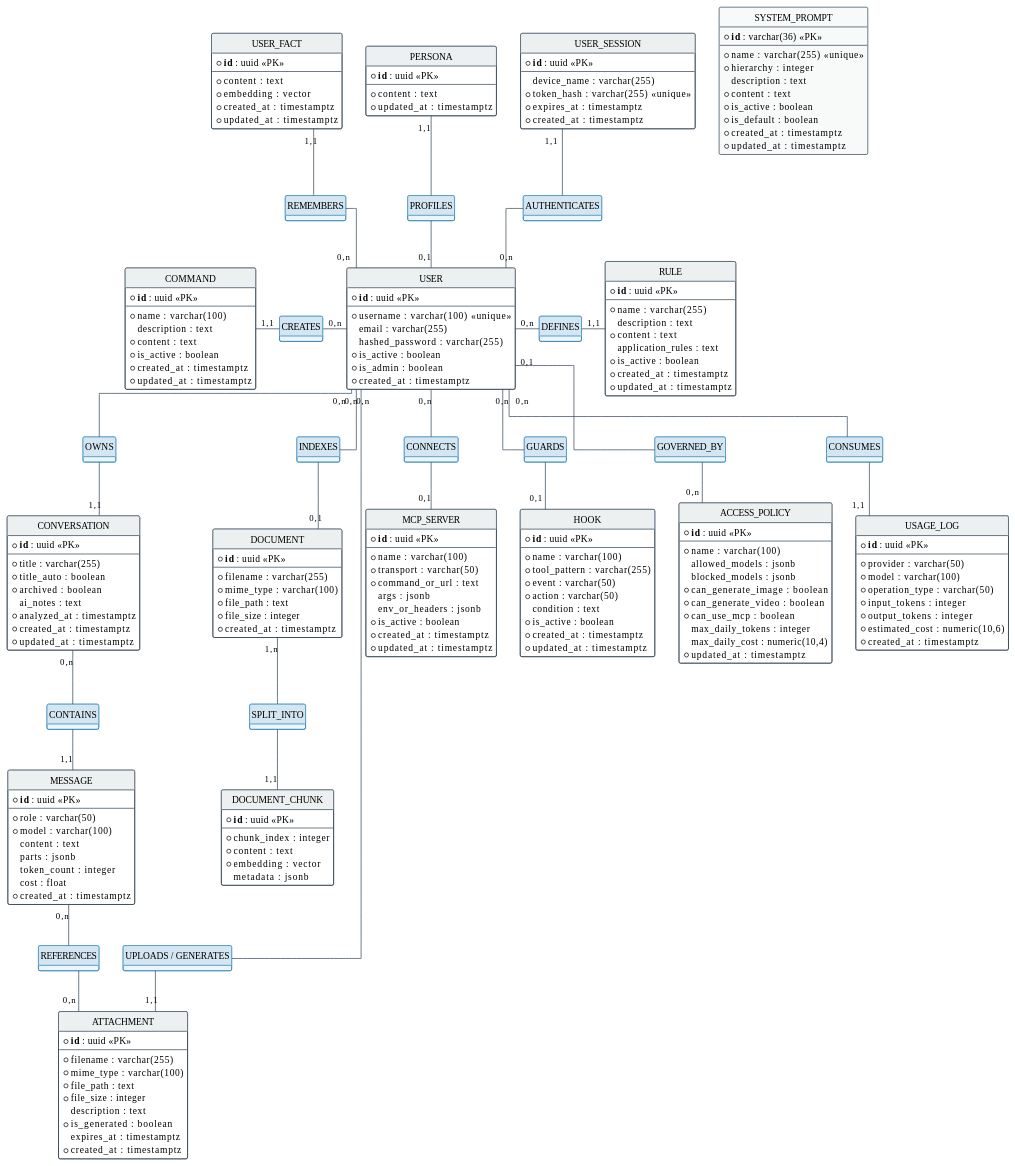
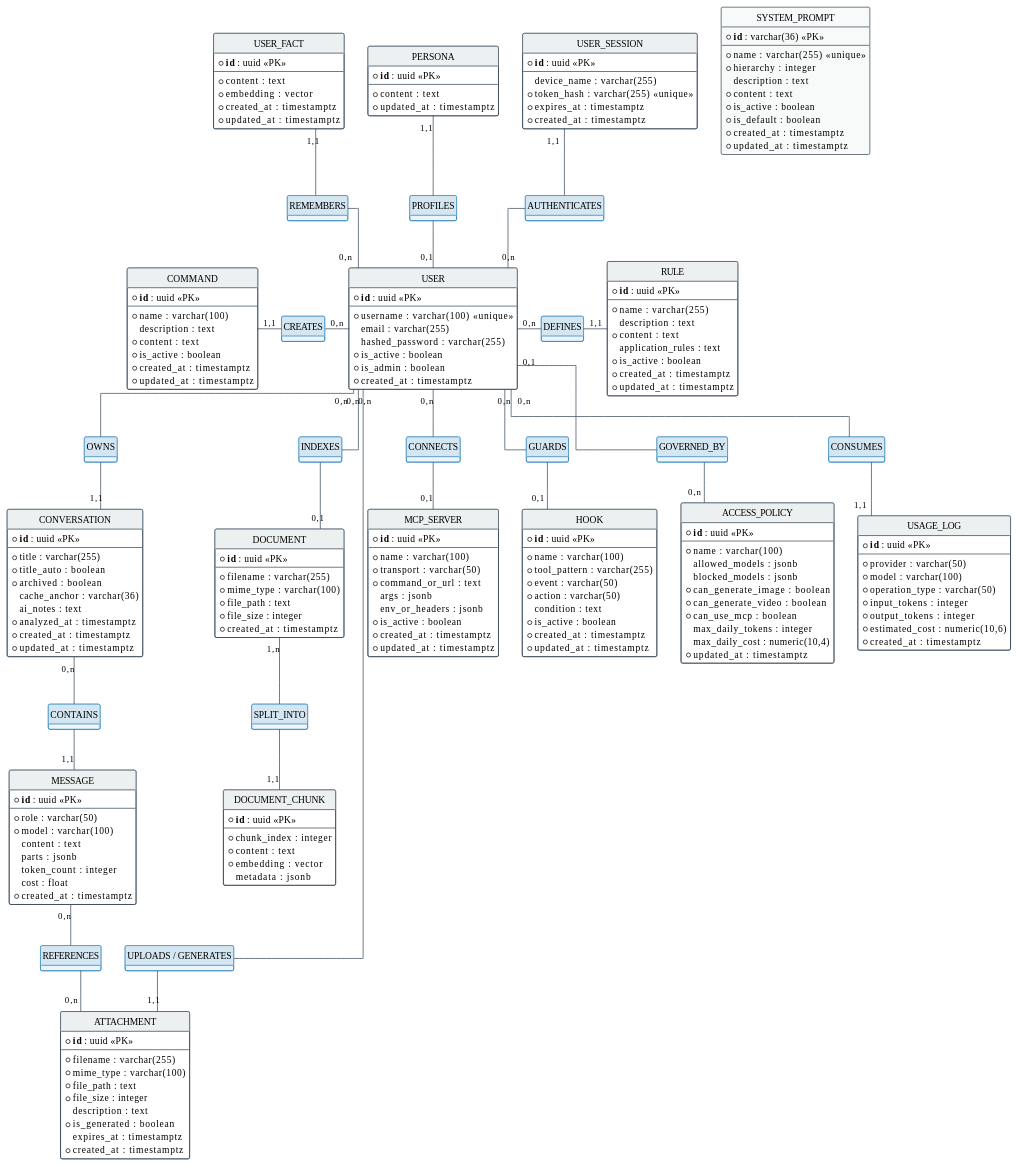
Before and after one commit to Ph4nt0m1882/Ratatosk: the third of 3 diagrams in README.md, drawn with PlantUML. The commit also changed 13 other files, not shown here.

```diff
--- a/README.md
+++ b/README.md
@@ -207,6 +207,7 @@
     * title : varchar(255)
     * title_auto : boolean
     * archived : boolean
+    cache_anchor : varchar(36)
     ai_notes : text
     * analyzed_at : timestamptz
     * created_at : timestamptz
```
